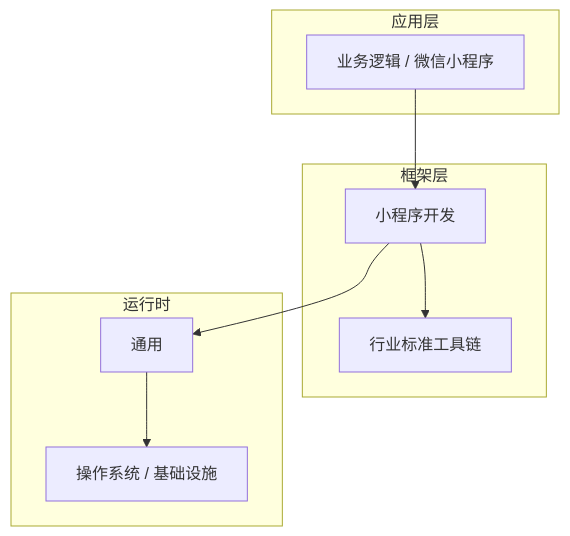
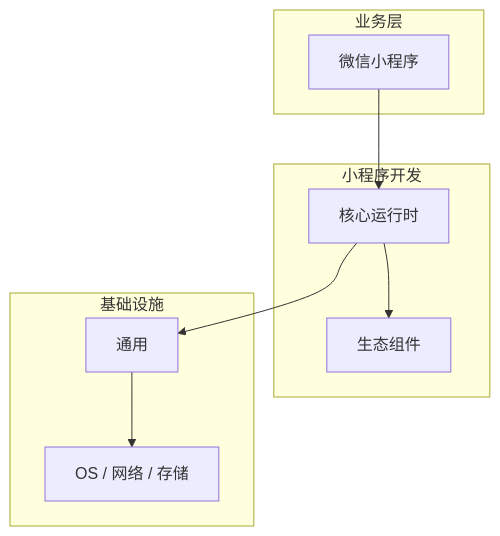
Before and after one commit to yanggan2015/knowledge-json-v2: the diagram in articles/小程序开发/chapters/057-微信小程序核心概念与原理.md, drawn with Mermaid. The commit also changed other lines of this file and 10127 other files, not shown here.

````diff
--- a/articles/小程序开发/chapters/057-微信小程序核心概念与原理.md
+++ b/articles/小程序开发/chapters/057-微信小程序核心概念与原理.md
@@ -45,18 +34,18 @@
 ```mermaid
 graph TB
-    subgraph 应用层
-        A[业务逻辑 / 微信小程序]
+    subgraph 业务层
+        A[微信小程序]
     end
-    subgraph 框架层
-        B[小程序开发]
-        C[行业标准工具链]
+    subgraph 小程序开发
+        B[核心运行时]
+        C[生态组件]
     end
-    subgraph 运行时
+    subgraph 基础设施
         D[通用]
-        E[操作系统 / 基础设施]
+        E[OS / 网络 / 存储]
     end
     A --> B
     B --> C
     B --> D
     D --> E
 ```
````
